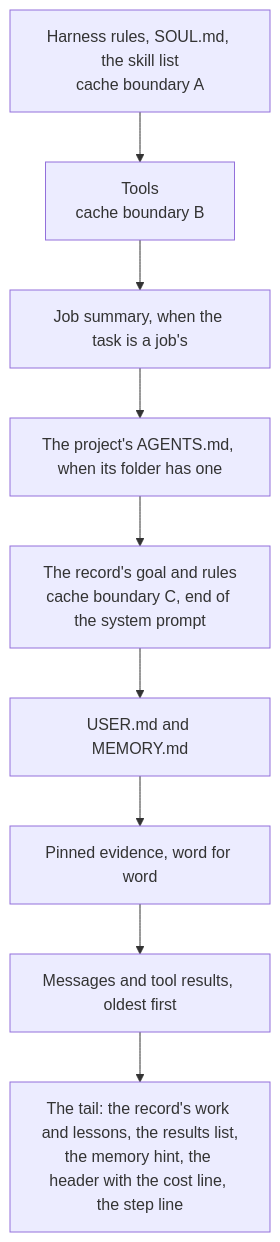
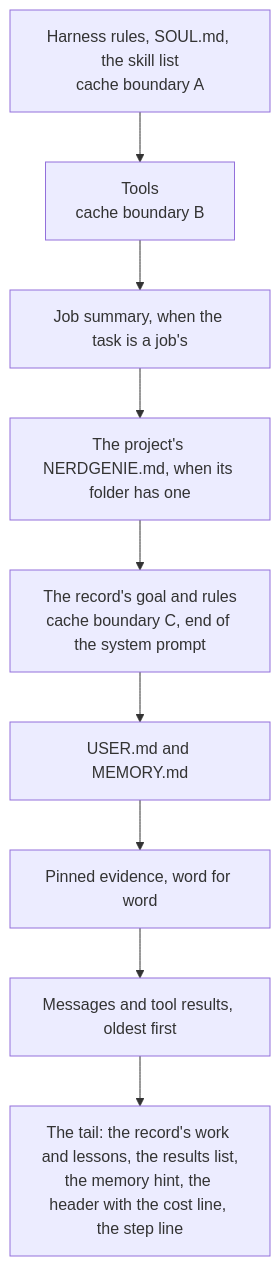
The fourth of 4 diagrams in ARCHITECTURE.md (JaredTate/nerdgenie), drawn with Mermaid before and after one commit. The commit also changed other lines of this file and 26 other files, not shown here.

First line of the commit message:
The project's standing order is NERDGENIE.md, and the model is told about the three documents

````diff
--- a/ARCHITECTURE.md
+++ b/ARCHITECTURE.md
@@ -209,11 +209,11 @@
 ```mermaid
 flowchart TB
   A["Harness rules, SOUL.md, the skill list<br/>cache boundary A"] --> B["Tools<br/>cache boundary B"]
   B --> J["Job summary, when the task is a job's"]
-  J --> SO["The project's AGENTS.md, when its folder has one"]
+  J --> SO["The project's NERDGENIE.md, when its folder has one"]
   SO --> G["The record's goal and rules<br/>cache boundary C, end of the system prompt"]
   G --> K["USER.md and MEMORY.md"]
   K --> PN["Pinned evidence, word for word"]
   PN --> MS["Messages and tool results, oldest first"]
   MS --> TL["The tail: the record's work and lessons, the results list,<br/>the memory hint, the header with the cost line, the step line"]
 ```
````
